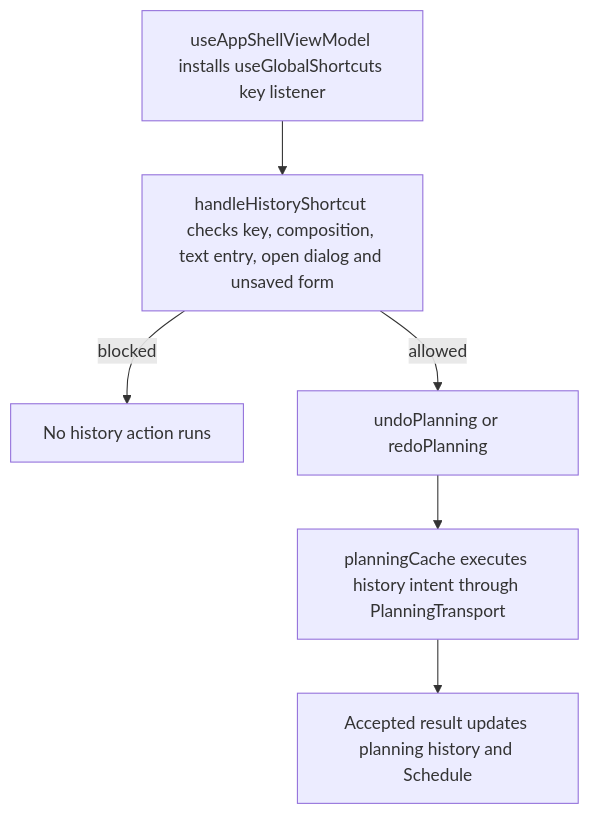
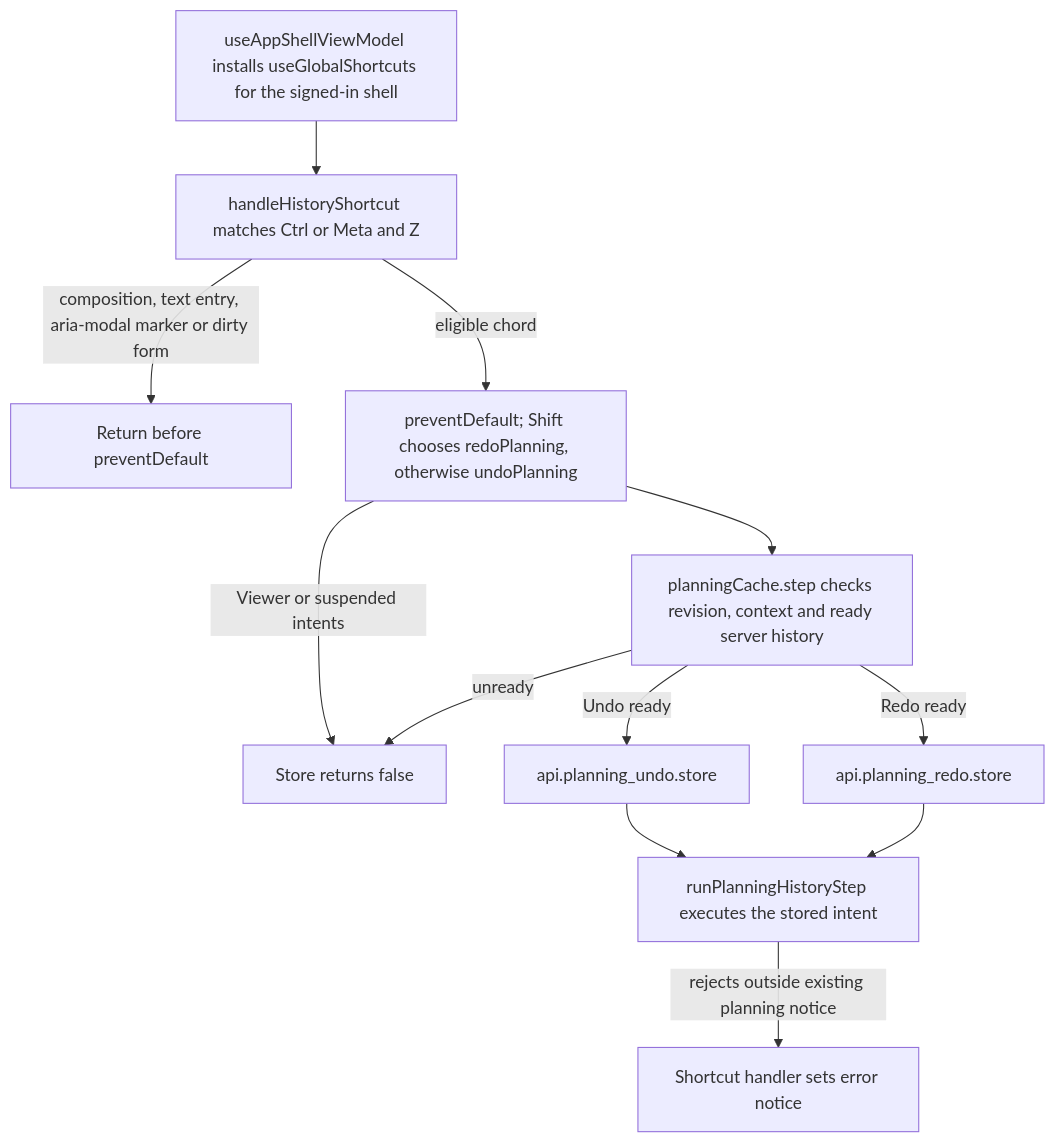
The second of 2 diagrams in user-stories/toolbar/US-TBR-07-undo-redo-keyboard.md (Kevinjohn/capacitylens), drawn with Mermaid before and after one commit. The commit also changed other lines of this file and 172 other files, not shown here.

Commit message:
docs: reconcile user story code flows with source

````diff
--- a/user-stories/toolbar/US-TBR-07-undo-redo-keyboard.md
+++ b/user-stories/toolbar/US-TBR-07-undo-redo-keyboard.md
@@ -33,8 +33,14 @@
 ```mermaid
 flowchart TD
-  A["useAppShellViewModel installs useGlobalShortcuts key listener"] --> B["handleHistoryShortcut checks key, composition, text entry, open dialog and unsaved form"]
-  B -->|blocked| C["No history action runs"]
-  B -->|allowed| D["undoPlanning or redoPlanning"]
-  D --> E["planningCache executes history intent through PlanningTransport"]
-  E --> F["Accepted result updates planning history and Schedule"]
+  Shell["useAppShellViewModel installs useGlobalShortcuts for the signed-in shell"] --> Key["handleHistoryShortcut matches Ctrl or Meta and Z"]
+  Key -->|composition, text entry, aria-modal marker or dirty form| Yield["Return before preventDefault"]
+  Key -->|eligible chord| Dispatch["preventDefault; Shift chooses redoPlanning, otherwise undoPlanning"]
+  Dispatch -->|Viewer or suspended intents| None["Store returns false"]
+  Dispatch --> Cache["planningCache.step checks revision, context and ready server history"]
+  Cache -->|unready| None
+  Cache -->|Undo ready| Undo["api.planning_undo.store"]
+  Cache -->|Redo ready| Redo["api.planning_redo.store"]
+  Undo --> History["runPlanningHistoryStep executes the stored intent"]
+  Redo --> History
+  History -->|rejects outside existing planning notice| Error["Shortcut handler sets error notice"]
 ```
````
